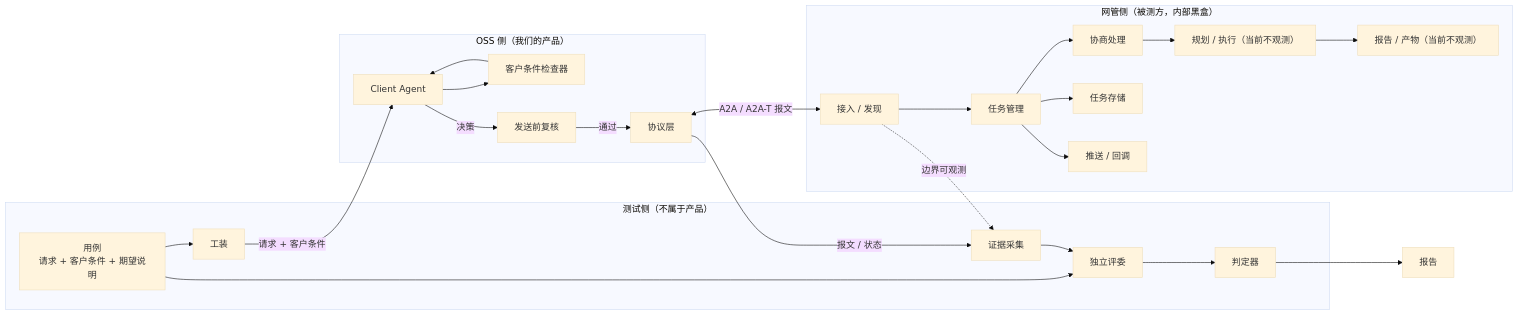
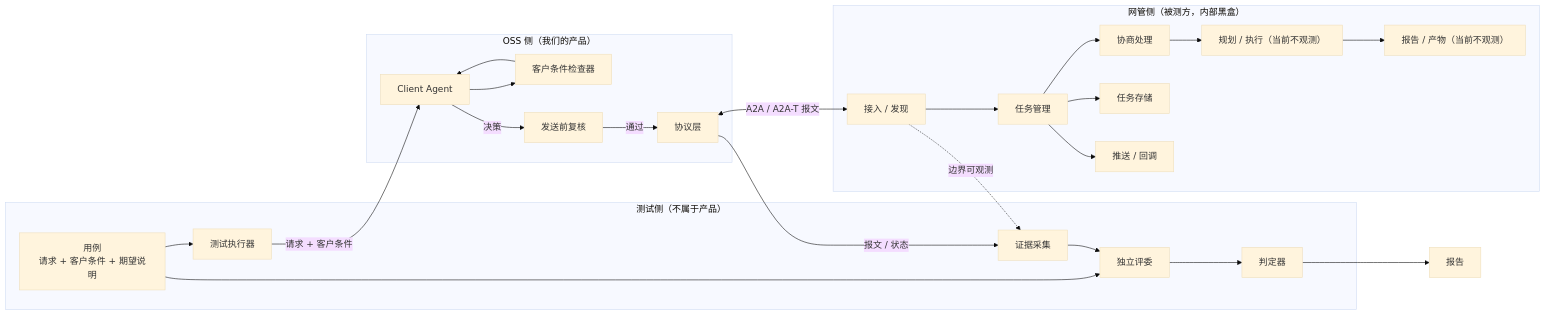
Before and after one commit to project-openan/a2a-t-sdk-python: the first of 11 diagrams in a2a-t-sample/ran-energy-saving/TESTER-ARCHITECTURE.md, drawn with Mermaid (base theme). The commit also changed other lines of this file, not shown here.

Commit message:
docs(ran-energy-saving): define accepted and split create and modify timelines

````diff
--- a/a2a-t-sample/ran-energy-saving/TESTER-ARCHITECTURE.md
+++ b/a2a-t-sample/ran-energy-saving/TESTER-ARCHITECTURE.md
@@ -13,48 +13,48 @@
 ```mermaid
 flowchart LR
   subgraph TEST["测试侧（不属于产品）"]
     C["用例<br/>请求 + 客户条件 + 期望说明"]
-    H["工装"]
+    H["测试执行器"]
     EV["证据采集"]
     JD["判定器"]
     JI["独立评委"]
   end
 
   subgraph OSS["OSS 侧（我们的产品）"]
     CA["Client Agent"]
     CK["客户条件检查器"]
     G["发送前复核"]
     PL["协议层"]
   end
 
   subgraph NMS["网管侧（被测方，内部黑盒）"]
     N1["接入 / 发现"]
     N2["任务管理"]
     N3["协商处理"]
     N4["规划 / 执行（当前不观测）"]
     N5["任务存储"]
     N6["推送 / 回调"]
     N7["报告 / 产物（当前不观测）"]
   end
 
   C --> H
   H -- "请求 + 客户条件" --> CA
   CA --> CK
   CK --> CA
   CA -- "决策" --> G
   G -- "通过" --> PL
   PL <-->|"A2A / A2A-T 报文"| N1
   N1 --> N2
   N2 --> N3
   N2 --> N5
   N2 --> N6
   N3 --> N4
   N4 --> N7
 
   PL -- "报文 / 状态" --> EV
   N1 -. "边界可观测" .-> EV
   C --> JI
   EV --> JI
   JI --> JD
   JD --> X["报告"]
 ```
````
